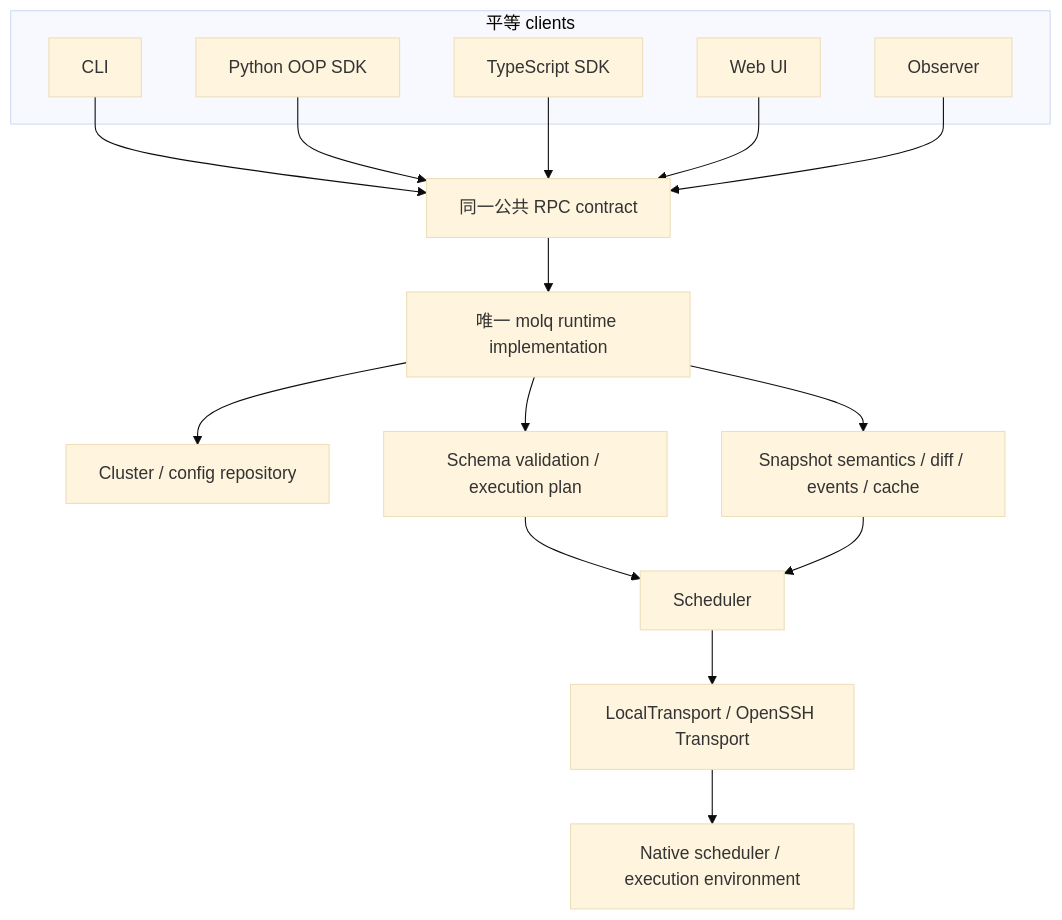
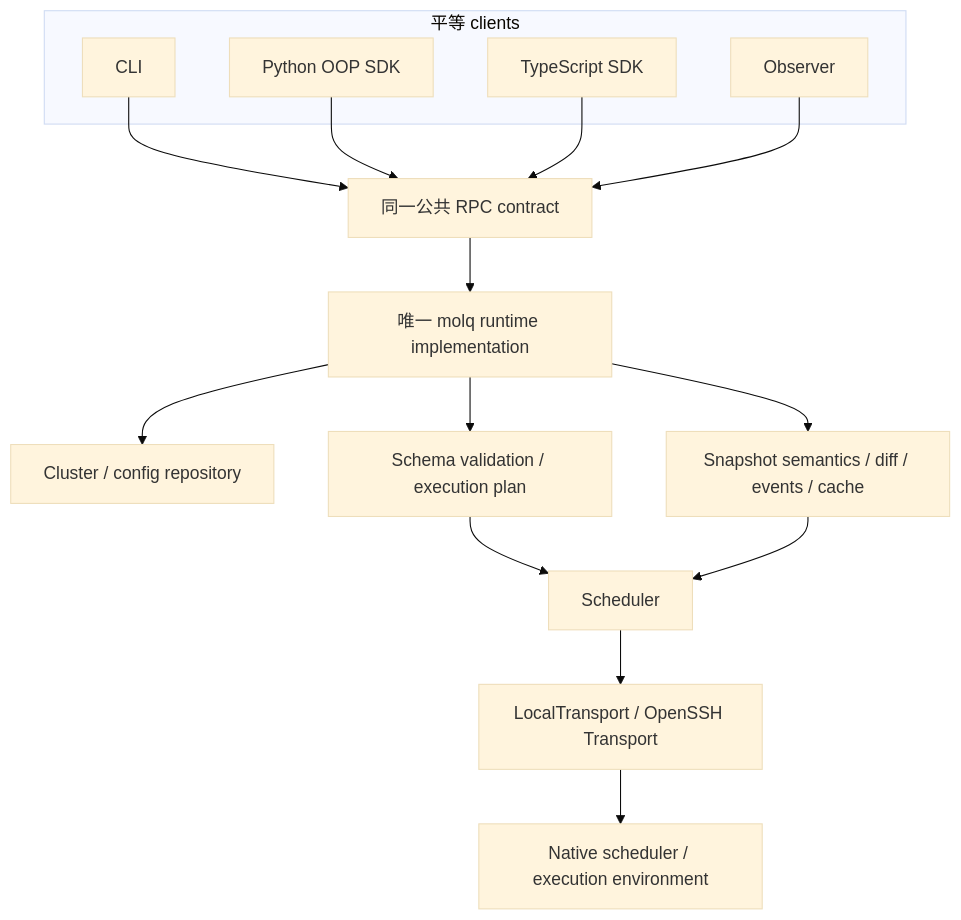
Before and after one commit to Roy-Kid/molq: the diagram in docs/spec/molq-1-0-runtime-spec.md, drawn with Mermaid (base theme). The commit also changed other lines of this file and 130 other files, not shown here.

````diff
--- a/docs/spec/molq-1-0-runtime-spec.md
+++ b/docs/spec/molq-1-0-runtime-spec.md
@@ -15,23 +15,21 @@
 ```mermaid
 flowchart TB
   subgraph clients[平等 clients]
     cli[CLI]
     py[Python OOP SDK]
     ts[TypeScript SDK]
-    web[Web UI]
     obs[Observer]
   end
   cli --> rpc[同一公共 RPC contract]
   py --> rpc
   ts --> rpc
-  web --> rpc
   obs --> rpc
   rpc --> runtime[唯一 molq runtime implementation]
   runtime --> registry[Cluster / config repository]
   runtime --> schema[Schema validation / execution plan]
   runtime --> observation[Snapshot semantics / diff / events / cache]
   schema --> sched[Scheduler]
   observation --> sched
   sched --> transport[LocalTransport / OpenSSH Transport]
   transport --> target[Native scheduler / execution environment]
 ```
````
